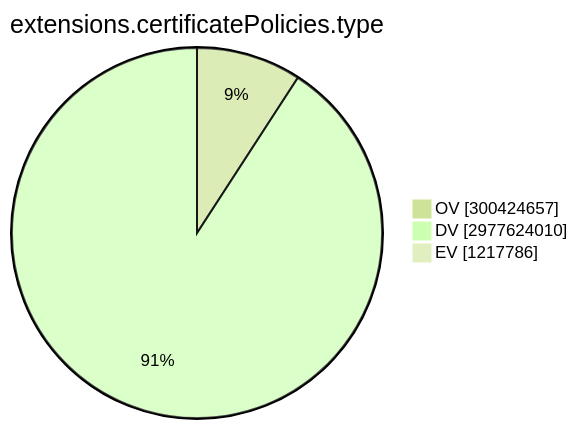
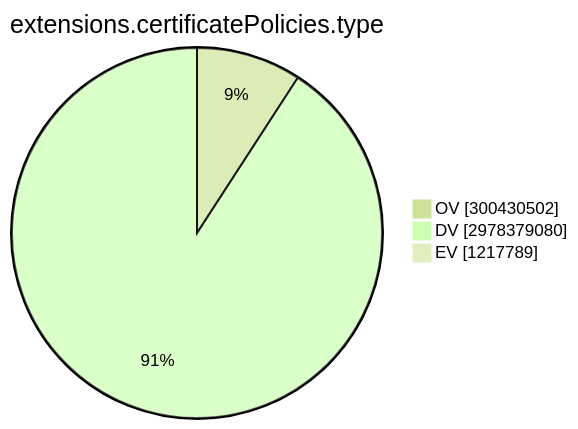
The ninth of 15 diagrams in TOTAL/README.md (christiankrug/ctmonitor_visualization), drawn with Mermaid (forest theme) before and after one commit. The commit also changed other lines of this file, not shown here.

````diff
--- a/TOTAL/README.md
+++ b/TOTAL/README.md
@@ -3101,7 +3101,7 @@
 ```mermaid
 pie showData
 title extensions.certificatePolicies.type
-"OV" :300424657
-"DV" :2977624010
-"EV" :1217786
+"OV" :300430502
+"DV" :2978379080
+"EV" :1217789
 ```
````
